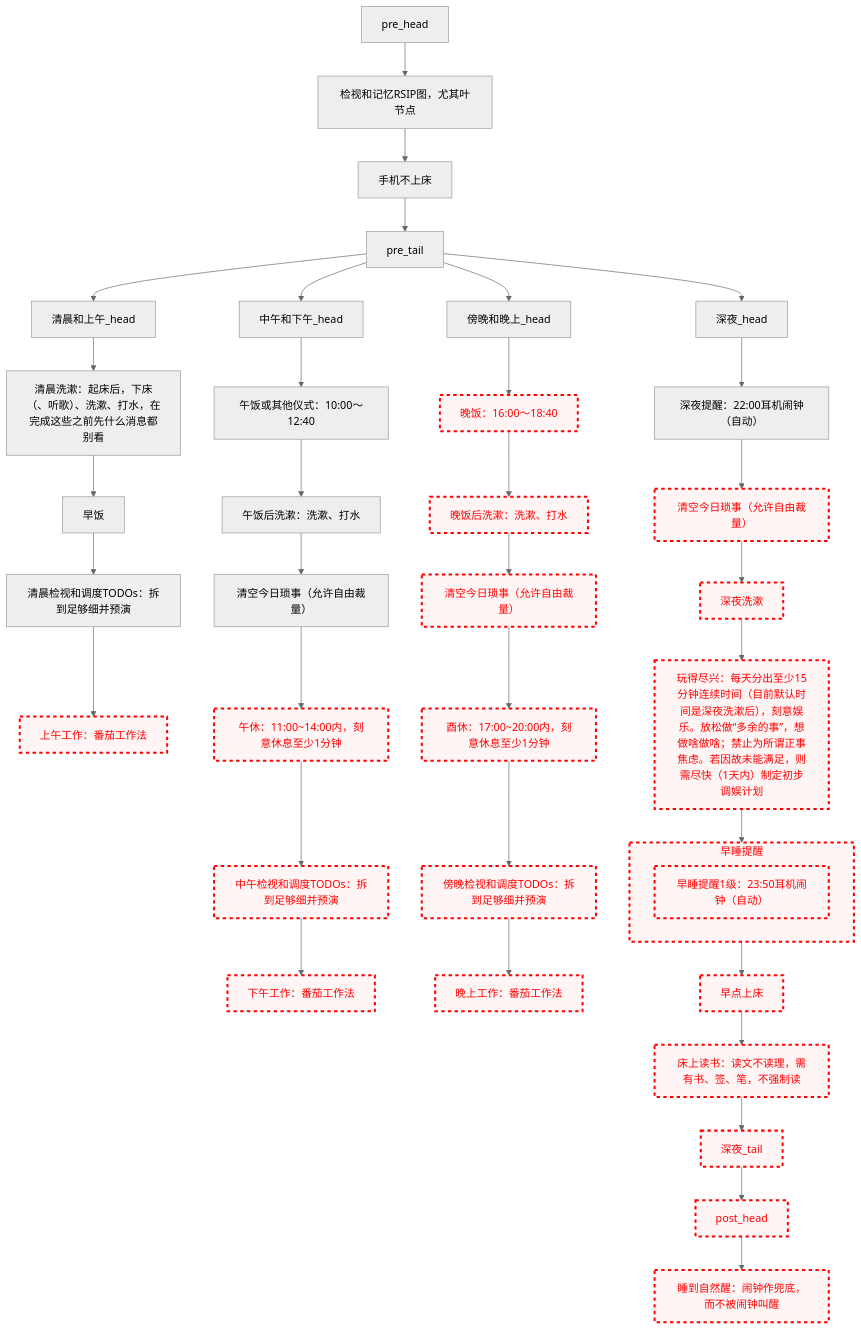
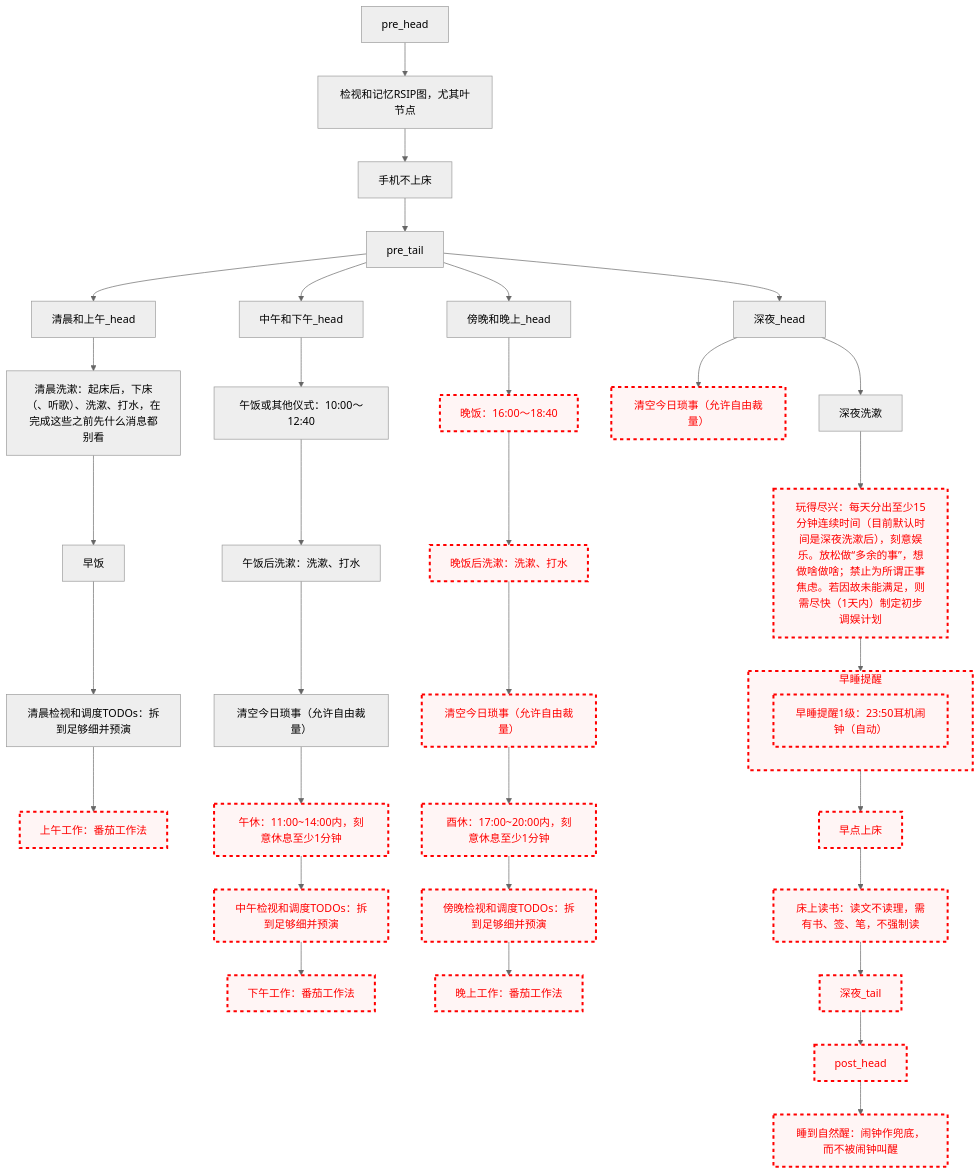
One commit to Ethkuil/RSIP-tree changed the diagram in README.md. Above: the diagram before and after it, drawn with Mermaid (neutral theme).

Commit message:
enable 深夜洗漱

````diff
--- a/README.md
+++ b/README.md
@@ -21,70 +21,68 @@
 ```mermaid
 graph TD
 
 classDef failed stroke:#ff0000, stroke-width:3px, color:#ff0000, fill:#fff5f5, stroke-dasharray: 5
 
 pre_head --> RSIP[检视和记忆RSIP图，尤其叶节点]
 RSIP --> 手机不上床
 手机不上床 --> pre_tail
 
 
 pre_tail --> 清晨和上午_head
 清晨和上午_head --> 清晨洗漱
 清晨洗漱[清晨洗漱：起床后，下床（、听歌）、洗漱、打水，在完成这些之前先什么消息都别看]
 清晨洗漱 --> 早饭
 早饭 --> 清晨看TODO[清晨检视和调度TODOs：拆到足够细并预演]
 清晨看TODO --> 上午工作[上午工作：番茄工作法]
 class 上午工作 failed
 
 pre_tail --> 中午和下午_head
 中午和下午_head --> 午饭[午饭或其他仪式：10:00～12:40]
 午饭 --> 午饭后洗漱[午饭后洗漱：洗漱、打水]
 午饭后洗漱 --> 中午今日琐事[清空今日琐事（允许自由裁量）]
 中午今日琐事 --> 午休[午休：11:00~14:00内，刻意休息至少1分钟]
 class 午休 failed
 午休 --> 中午看TODO[中午检视和调度TODOs：拆到足够细并预演]
 class 中午看TODO failed
 中午看TODO --> 下午工作[下午工作：番茄工作法]
 class 下午工作 failed
 
 pre_tail --> 傍晚和晚上_head
 傍晚和晚上_head --> 晚饭[晚饭：16:00～18:40]
 class 晚饭 failed
 晚饭 --> 晚饭后洗漱[晚饭后洗漱：洗漱、打水]
 class 晚饭后洗漱 failed
 晚饭后洗漱 --> 傍晚今日琐事[清空今日琐事（允许自由裁量）]
 class 傍晚今日琐事 failed
 傍晚今日琐事 --> 酉休[酉休：17:00~20:00内，刻意休息至少1分钟]
 class 酉休 failed
 酉休 --> 傍晚看TODO[傍晚检视和调度TODOs：拆到足够细并预演]
 class 傍晚看TODO failed
 傍晚看TODO --> 晚上工作[晚上工作：番茄工作法]
 class 晚上工作 failed
 
 pre_tail --> 深夜_head
-深夜_head --> 深夜提醒[深夜提醒：22:00耳机闹钟（自动）]
-深夜提醒 --> 深夜今日琐事[清空今日琐事（允许自由裁量）]
+深夜_head --> 深夜今日琐事[清空今日琐事（允许自由裁量）]
 class 深夜今日琐事 failed
-深夜今日琐事 --> 深夜洗漱
-class 深夜洗漱 failed
+深夜_head --> 深夜洗漱
 深夜洗漱 --> 玩得尽兴[玩得尽兴：每天分出至少15分钟连续时间（目前默认时间是深夜洗漱后），刻意娱乐。放松做“多余的事”，想做啥做啥；禁止为所谓正事焦虑。若因故未能满足，则需尽快（1天内）制定初步调娱计划]
 class 玩得尽兴 failed
 玩得尽兴 --> 早睡提醒
 subgraph 早睡提醒
   早睡提醒1级[早睡提醒1级：23:50耳机闹钟（自动）]
   class 早睡提醒1级 failed
 end
 class 早睡提醒 failed
 早睡提醒 --> 早点上床
 class 早点上床 failed
 早点上床 --> 床上读书[床上读书：读文不读理，需有书、签、笔，不强制读]
 class 床上读书 failed
 床上读书 --> 深夜_tail
 class 深夜_tail failed
 
 
 深夜_tail --> post_head
 class post_head failed
 post_head --> 睡到自然醒[睡到自然醒：闹钟作兜底，而不被闹钟叫醒]
 class 睡到自然醒 failed
 ```
````
